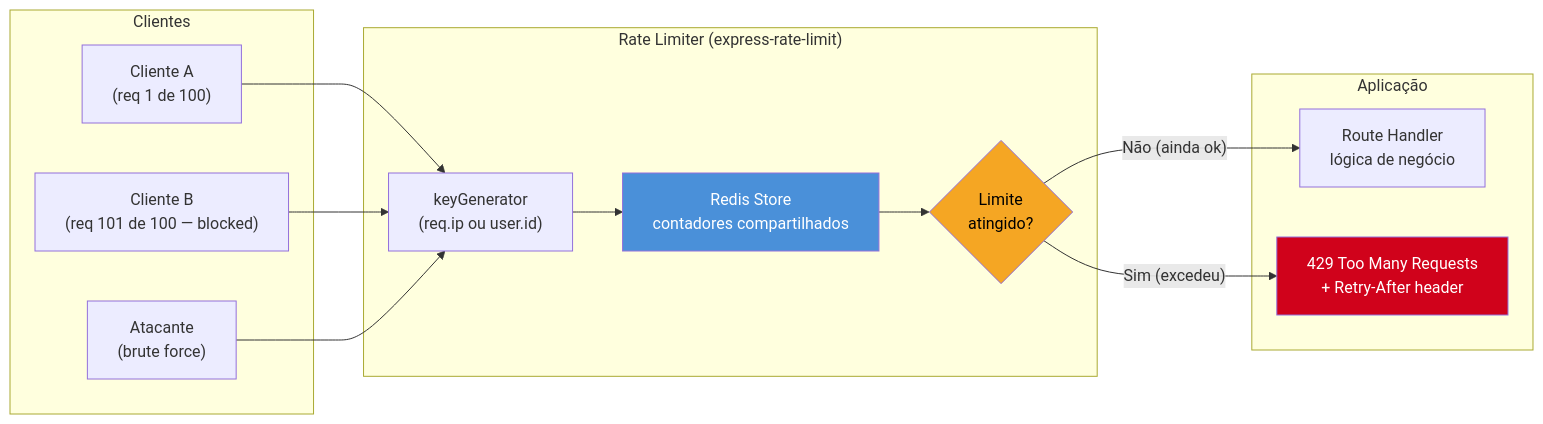
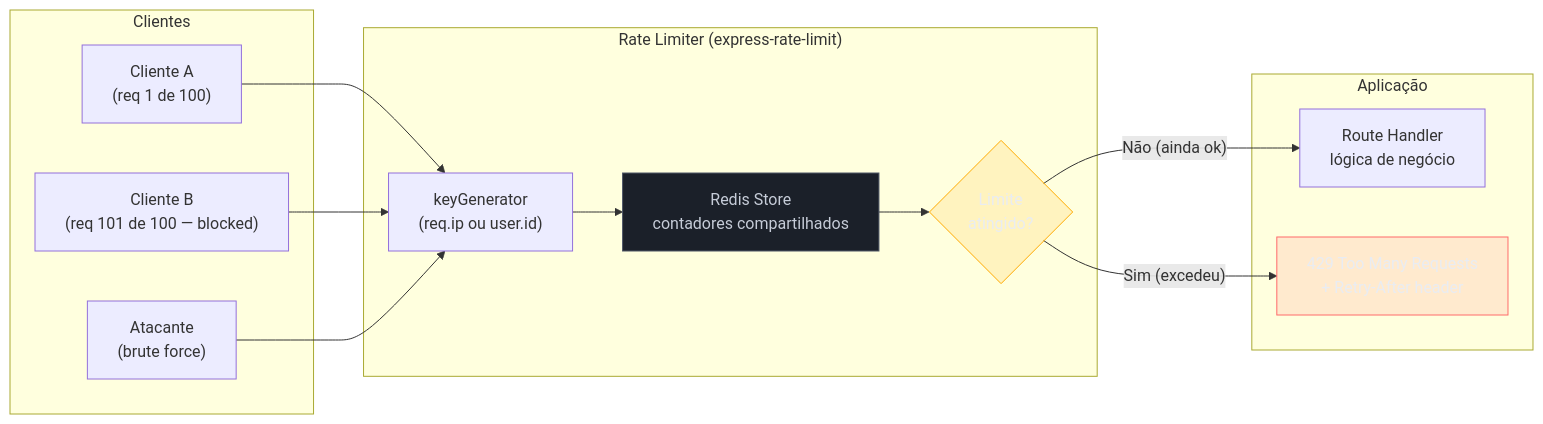
One commit to josenaldo/codex-technomanticus changed the diagram in 03-Dominios/Tecnologia/Node/Segurança/07 - Rate limiting com express-rate-limit.md. Above: the diagram before and after it, drawn with Mermaid. The commit also changed 1181 other files, not shown here.

First line of the commit message:
fix(diagramas): paleta do sistema no lugar de cor cravada no markdown

````diff
--- a/03-Dominios/Tecnologia/Node/Segurança/07 - Rate limiting com express-rate-limit.md
+++ b/03-Dominios/Tecnologia/Node/Segurança/07 - Rate limiting com express-rate-limit.md
@@ -26,32 +26,35 @@
 ```mermaid
 flowchart LR
+    classDef falha fill:#FF6B6B24,stroke:#FF6B6B,color:#E9ECF2
+    classDef neutro fill:#1B2029,stroke:#4E5666,color:#C6CCD8
+    classDef destaque fill:#FFAA0024,stroke:#FFAA00,color:#E9ECF2
     subgraph CLIENTES ["Clientes"]
         C1["Cliente A\n(req 1 de 100)"]
         C2["Cliente B\n(req 101 de 100 — blocked)"]
         C3["Atacante\n(brute force)"]
     end
 
     subgraph LIMITER ["Rate Limiter (express-rate-limit)"]
         KG["keyGenerator\n(req.ip ou user.id)"]
         STORE["Redis Store\ncontadores compartilhados"]
         CHECK{"Limite\natingido?"}
     end
 
     subgraph APP ["Aplicação"]
         HANDLER["Route Handler\nlógica de negócio"]
         R429["429 Too Many Requests\n+ Retry-After header"]
     end
 
     C1 --> KG
     C2 --> KG
     C3 --> KG
 
     KG --> STORE
     STORE --> CHECK
     CHECK -->|"Não (ainda ok)"| HANDLER
     CHECK -->|"Sim (excedeu)"| R429
 
-    style R429 fill:#D0021B,color:#fff
-    style STORE fill:#4A90D9,color:#fff
-    style CHECK fill:#F5A623,color:#000
+    class R429 falha
+    class STORE neutro
+    class CHECK destaque
 ```
````
